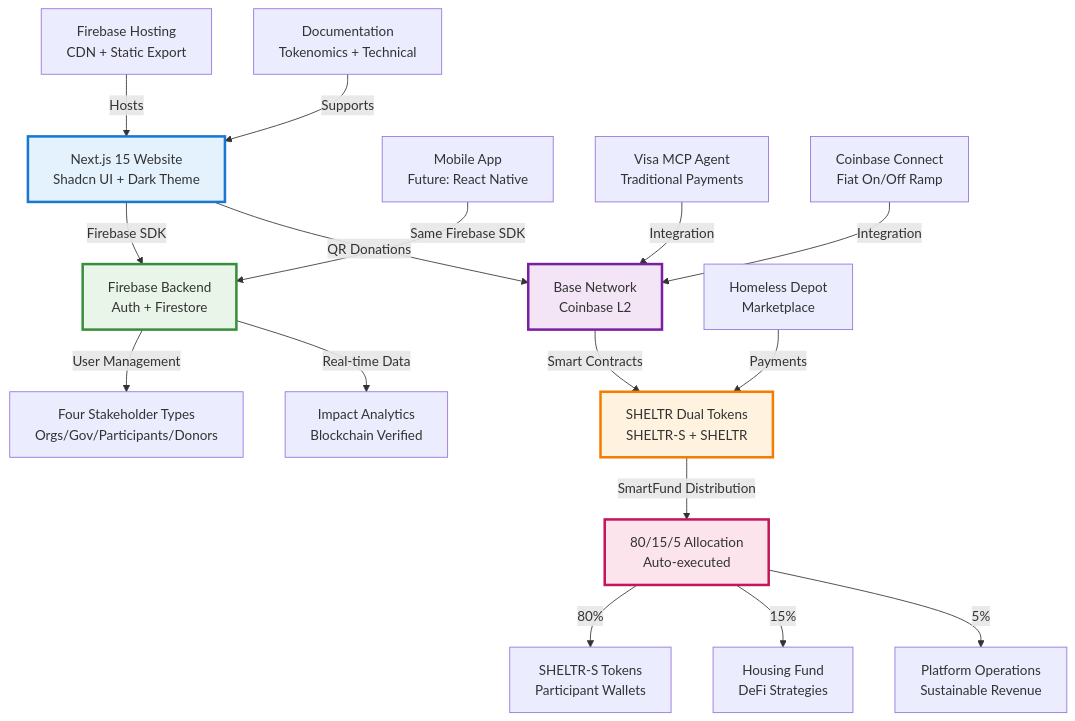
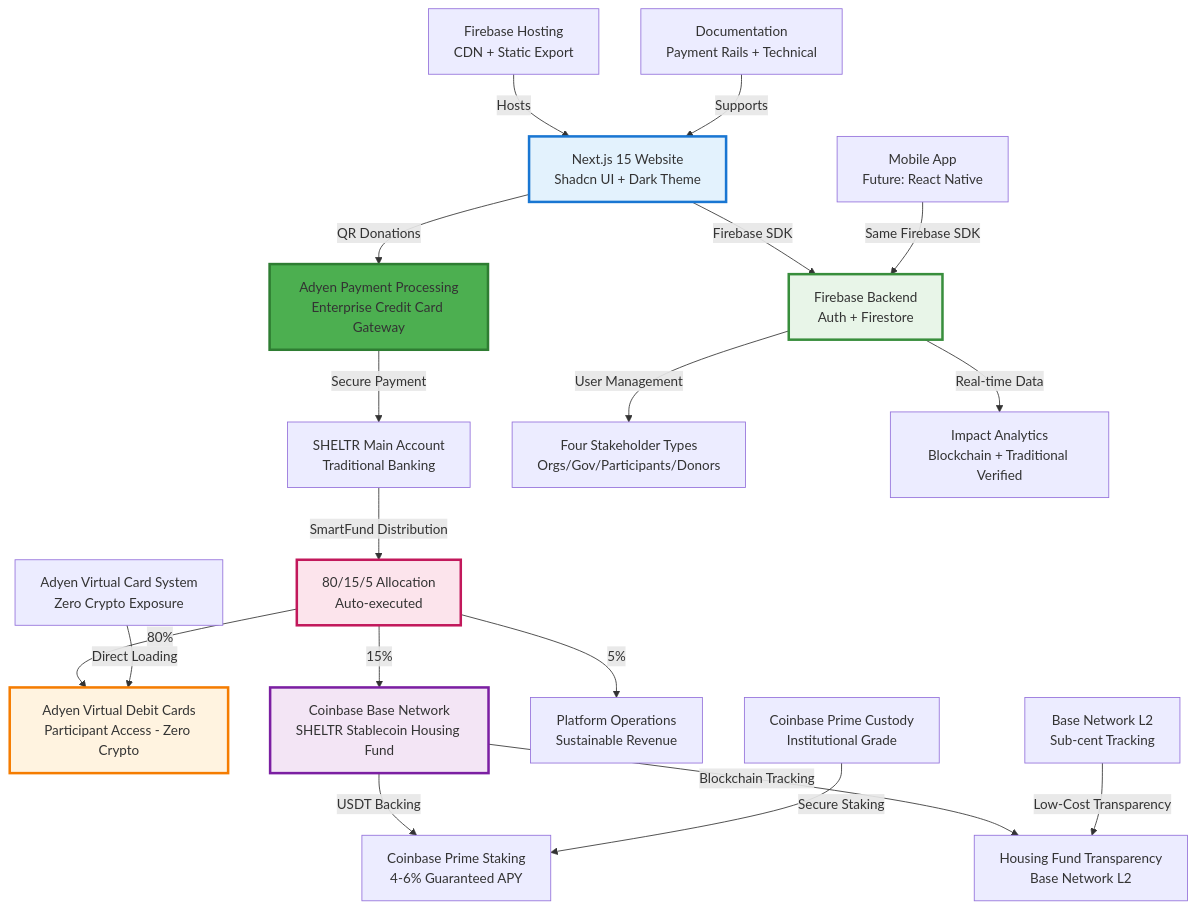
One commit to mrj0nesmtl/sheltr-ai changed the first of 2 diagrams in docs/02-architecture/system-design.md. Above: the diagram before and after it, drawn with Mermaid. The commit also changed other lines of this file, not shown here.

Commit message:
fix: update system diagram to reflect single-token architecture with Adyen and Coinbase

````diff
--- a/docs/02-architecture/system-design.md
+++ b/docs/02-architecture/system-design.md
@@ -30,29 +31,33 @@
 ```mermaid
 graph TD
     A[Next.js 15 Website<br/>Shadcn UI + Dark Theme] -->|Firebase SDK| B[Firebase Backend<br/>Auth + Firestore]
     C[Mobile App<br/>Future: React Native] -->|Same Firebase SDK| B
     
-    A -->|QR Donations| D[Base Network<br/>Coinbase L2]
-    D -->|Smart Contracts| E[SHELTR Dual Tokens<br/>SHELTR-S + SHELTR]
+    A -->|QR Donations| D[Adyen Payment Processing<br/>Enterprise Credit Card Gateway]
+    D -->|Secure Payment| E[SHELTR Main Account<br/>Traditional Banking]
     E -->|SmartFund Distribution| F[80/15/5 Allocation<br/>Auto-executed]
     
-    F -->|80%| G[SHELTR-S Tokens<br/>Participant Wallets]
-    F -->|15%| H[Housing Fund<br/>DeFi Strategies]
+    F -->|80%| G[Adyen Virtual Debit Cards<br/>Participant Access - Zero Crypto]
+    F -->|15%| H[Coinbase Base Network<br/>SHELTR Stablecoin Housing Fund]
     F -->|5%| I[Platform Operations<br/>Sustainable Revenue]
     
-    B -->|User Management| J[Four Stakeholder Types<br/>Orgs/Gov/Participants/Donors]
-    B -->|Real-time Data| K[Impact Analytics<br/>Blockchain Verified]
+    H -->|USDT Backing| J[Coinbase Prime Staking<br/>4-6% Guaranteed APY]
+    H -->|Blockchain Tracking| K[Housing Fund Transparency<br/>Base Network L2]
     
-    L[Visa MCP Agent<br/>Traditional Payments] -->|Integration| D
-    M[Coinbase Connect<br/>Fiat On/Off Ramp] -->|Integration| D
-    N[Homeless Depot<br/>Marketplace] -->|Payments| E
+    B -->|User Management| L[Four Stakeholder Types<br/>Orgs/Gov/Participants/Donors]
+    B -->|Real-time Data| M[Impact Analytics<br/>Blockchain + Traditional Verified]
     
-    O[Firebase Hosting<br/>CDN + Static Export] -->|Hosts| A
-    P[Documentation<br/>Tokenomics + Technical] -->|Supports| A
+    N[Adyen Virtual Card System<br/>Zero Crypto Exposure] -->|Direct Loading| G
+    O[Coinbase Prime Custody<br/>Institutional Grade] -->|Secure Staking| J
+    P[Base Network L2<br/>Sub-cent Tracking] -->|Low-Cost Transparency| K
+    
+    Q[Firebase Hosting<br/>CDN + Static Export] -->|Hosts| A
+    R[Documentation<br/>Payment Rails + Technical] -->|Supports| A
 
     style A fill:#e3f2fd,stroke:#1976d2,stroke-width:3px
-    style E fill:#fff3e0,stroke:#f57c00,stroke-width:3px
-    style D fill:#f3e5f5,stroke:#7b1fa2,stroke-width:3px
+    style D fill:#4caf50,stroke:#2e7d32,stroke-width:3px
+    style H fill:#f3e5f5,stroke:#7b1fa2,stroke-width:3px
     style B fill:#e8f5e8,stroke:#388e3c,stroke-width:3px
     style F fill:#fce4ec,stroke:#c2185b,stroke-width:3px
+    style G fill:#fff3e0,stroke:#f57c00,stroke-width:3px
 ```
````
